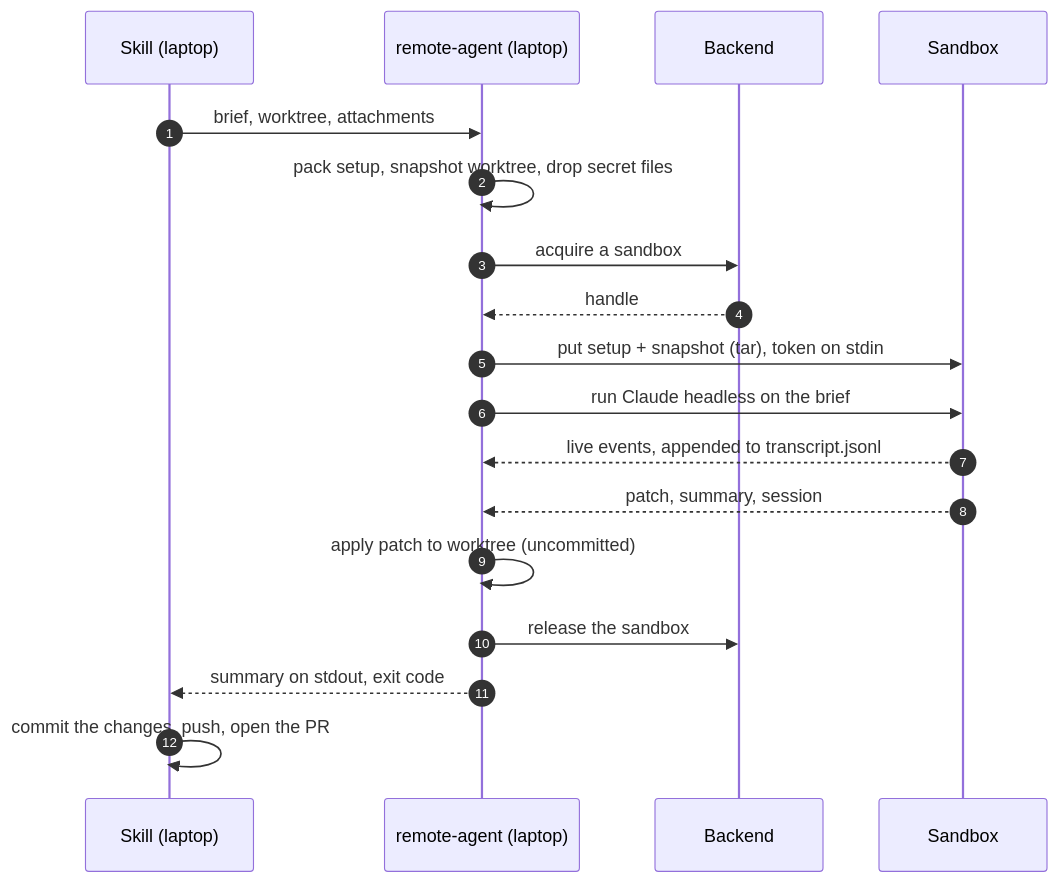
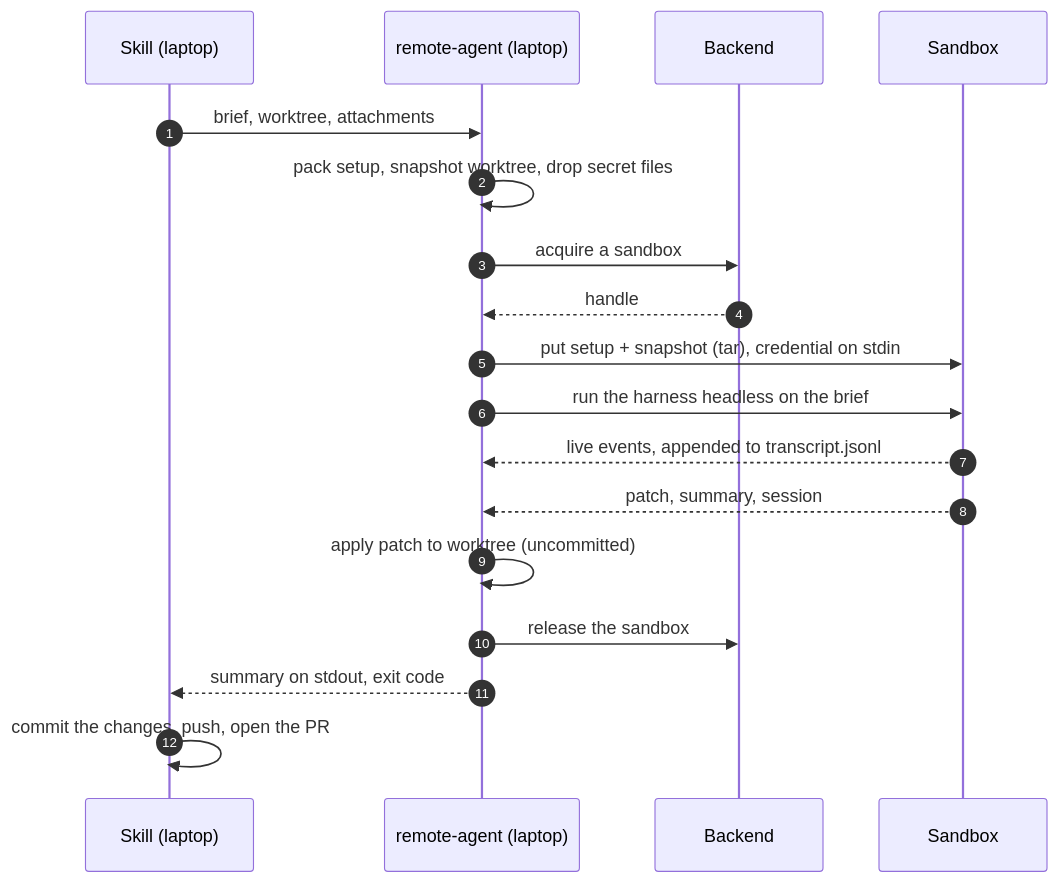
The third of 4 diagrams in docs/remote.md (rpvsilva/dotagents), drawn with Mermaid before and after one commit. The commit also changed other lines of this file and 18 other files, not shown here.

First line of the commit message:
feat(remote): run remote subagents on Claude Code or Codex, through a gateway (#597)

````diff
--- a/docs/remote.md
+++ b/docs/remote.md
@@ -142,20 +165,20 @@
 ```mermaid
 sequenceDiagram
   autonumber
   participant S as Skill (laptop)
   participant R as remote-agent (laptop)
   participant B as Backend
   participant X as Sandbox
   S->>R: brief, worktree, attachments
   R->>R: pack setup, snapshot worktree, drop secret files
   R->>B: acquire a sandbox
   B-->>R: handle
-  R->>X: put setup + snapshot (tar), token on stdin
-  R->>X: run Claude headless on the brief
+  R->>X: put setup + snapshot (tar), credential on stdin
+  R->>X: run the harness headless on the brief
   X-->>R: live events, appended to transcript.jsonl
   X-->>R: patch, summary, session
   R->>R: apply patch to worktree (uncommitted)
   R->>B: release the sandbox
   R-->>S: summary on stdout, exit code
   S->>S: commit the changes, push, open the PR
 ```
````
